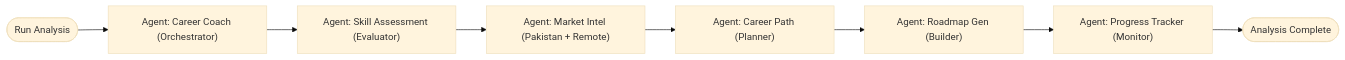
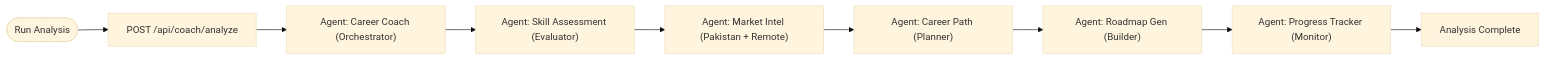
Before and after one commit to Alishba-Moin/CareerCompass: the fifth of 9 diagrams in .qoder/repowiki/en/content/Core Features/Core Features.md, drawn with Mermaid (base theme). The commit also changed other lines of this file and 38 other files, not shown here.

Commit message:
Add Roadmap pdf download option

````diff
--- a/.qoder/repowiki/en/content/Core Features/Core Features.md
+++ b/.qoder/repowiki/en/content/Core Features/Core Features.md
@@ -160,10 +190,11 @@
 ```mermaid
 flowchart LR
-Start(["Run Analysis"]) --> A1["Agent: Career Coach (Orchestrator)"]
+Start(["Run Analysis"]) --> API["POST /api/coach/analyze"]
+API --> A1["Agent: Career Coach (Orchestrator)"]
 A1 --> A2["Agent: Skill Assessment (Evaluator)"]
 A2 --> A3["Agent: Market Intel (Pakistan + Remote)"]
 A3 --> A4["Agent: Career Path (Planner)"]
 A4 --> A5["Agent: Roadmap Gen (Builder)"]
 A5 --> A6["Agent: Progress Tracker (Monitor)"]
-A6 --> End(["Analysis Complete"])
+A6 --> Result["Analysis Complete"]
 ```
````
